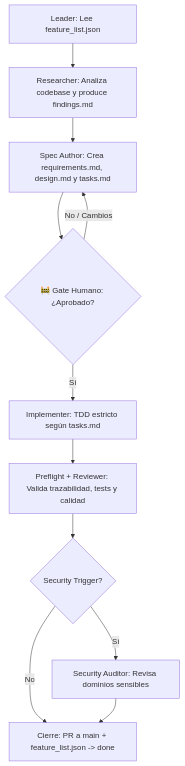
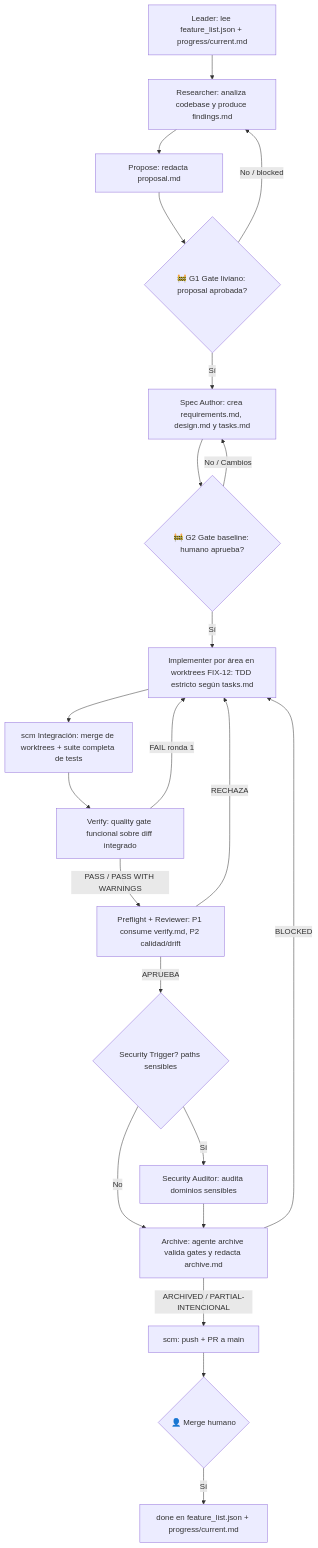
Before and after one commit to diegoolherry/Stack-Agents: the diagram in README.md, drawn with Mermaid. The commit also changed other lines of this file and 2 other files, not shown here.

````diff
--- a/README.md
+++ b/README.md
@@ -93,13 +112,24 @@
 ```mermaid
 graph TD
-    A[Leader: Lee feature_list.json] --> B[Researcher: Analiza codebase y produce findings.md]
-    B --> C[Spec Author: Crea requirements.md, design.md y tasks.md]
-    C --> D{🚧 Gate Humano: ¿Aprobado?}
-    D -- No / Cambios --> C
-    D -- Sí --> E[Implementer: TDD estricto según tasks.md]
-    E --> F[Preflight + Reviewer: Valida trazabilidad, tests y calidad]
-    F --> G{Security Trigger?}
-    G -- Sí --> H[Security Auditor: Revisa dominios sensibles]
-    G -- No --> I[Cierre: PR a main + feature_list.json -> done]
-    H --> I
+    A[Leader: lee feature_list.json + progress/current.md] --> B[Researcher: analiza codebase y produce findings.md]
+    B --> C[Propose: redacta proposal.md]
+    C --> G1{🚧 G1 Gate liviano: proposal aprobada?}
+    G1 -- No / blocked --> B
+    G1 -- Sí --> D[Spec Author: crea requirements.md, design.md y tasks.md]
+    D --> G2{🚧 G2 Gate baseline: humano aprueba?}
+    G2 -- No / Cambios --> D
+    G2 -- Sí --> E[Implementer por área en worktrees FIX-12: TDD estricto según tasks.md]
+    E --> F[scm Integración: merge de worktrees + suite completa de tests]
+    F --> V[Verify: quality gate funcional sobre diff integrado]
+    V -- FAIL ronda 1 --> E
+    V -- PASS / PASS WITH WARNINGS --> R[Preflight + Reviewer: P1 consume verify.md, P2 calidad/drift]
+    R -- RECHAZA --> E
+    R -- APRUEBA --> S{Security Trigger? paths sensibles}
+    S -- Sí --> H[Security Auditor: audita dominios sensibles]
+    S -- No --> AR[Archive: agente archive valida gates y redacta archive.md]
+    H --> AR
+    AR -- BLOCKED --> E
+    AR -- ARCHIVED / PARTIAL-INTENCIONAL --> PR[scm: push + PR a main]
+    PR --> M{👤 Merge humano}
+    M -- Sí --> Z[done en feature_list.json + progress/current.md]
 ```
````
